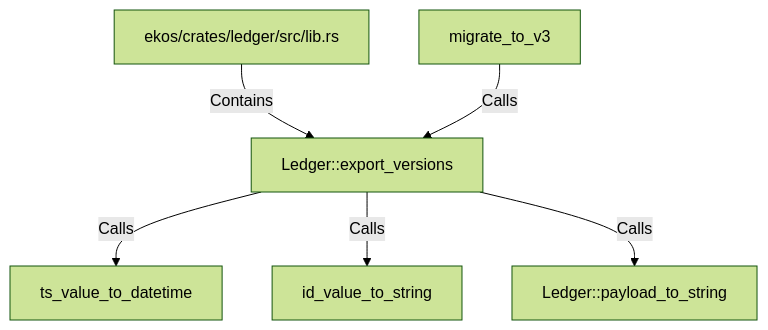
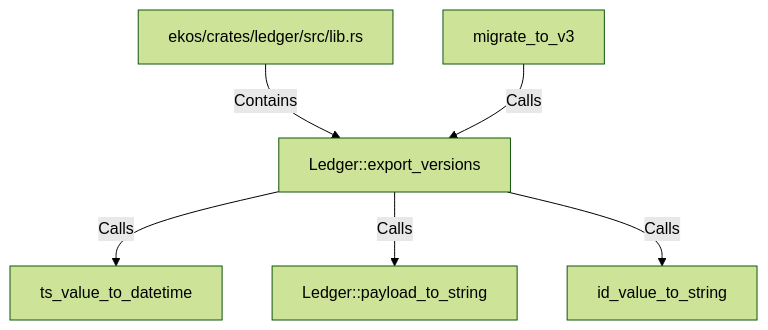
One commit to alexeyban/EKOS changed the diagram in doc/entities/rustsymbol/le/ledger-export-versions.md. Above: the diagram before and after it, drawn with Mermaid (forest theme). The commit also changed other lines of this file and 552 other files, not shown here.

````diff
--- a/doc/entities/rustsymbol/le/ledger-export-versions.md
+++ b/doc/entities/rustsymbol/le/ledger-export-versions.md
@@ -24,14 +24,14 @@
 ```mermaid
 graph TD
     n1ed3c4b0eefc5cee8f3bf559c0e5f97e["Ledger::export_versions"]
     n21938f45b76759339e7112e15ff53eb1["ekos/crates/ledger/src/lib.rs"]
     n21938f45b76759339e7112e15ff53eb1 -->|Contains| n1ed3c4b0eefc5cee8f3bf559c0e5f97e
     n34ebc45de42657889f8bc605bf91a6a3["ts_value_to_datetime"]
     n1ed3c4b0eefc5cee8f3bf559c0e5f97e -->|Calls| n34ebc45de42657889f8bc605bf91a6a3
+    nb30e2764552e5d3ea1e534c523dd7475["Ledger::payload_to_string"]
+    n1ed3c4b0eefc5cee8f3bf559c0e5f97e -->|Calls| nb30e2764552e5d3ea1e534c523dd7475
     na0c3d0ec32945534a1f2b2295cc7d77a["id_value_to_string"]
     n1ed3c4b0eefc5cee8f3bf559c0e5f97e -->|Calls| na0c3d0ec32945534a1f2b2295cc7d77a
-    nb30e2764552e5d3ea1e534c523dd7475["Ledger::payload_to_string"]
-    n1ed3c4b0eefc5cee8f3bf559c0e5f97e -->|Calls| nb30e2764552e5d3ea1e534c523dd7475
     n1dab3f65615b56e9ae9be92c32a2cb63["migrate_to_v3"]
     n1dab3f65615b56e9ae9be92c32a2cb63 -->|Calls| n1ed3c4b0eefc5cee8f3bf559c0e5f97e
 ```
````
